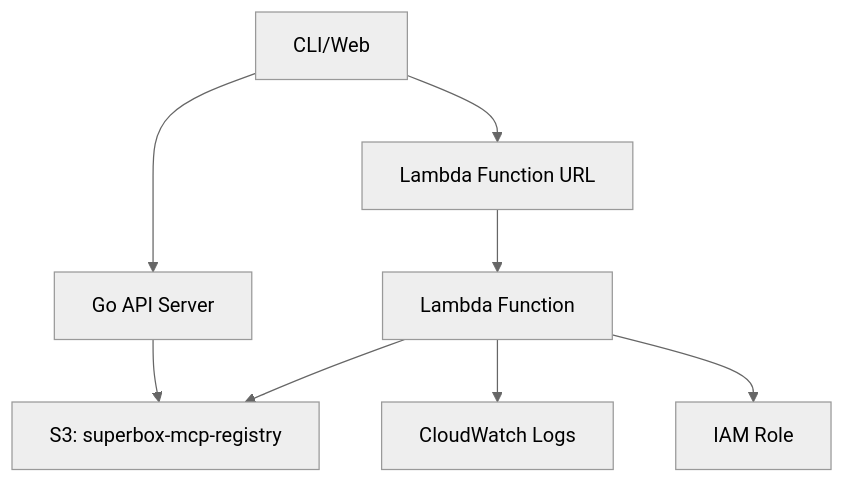
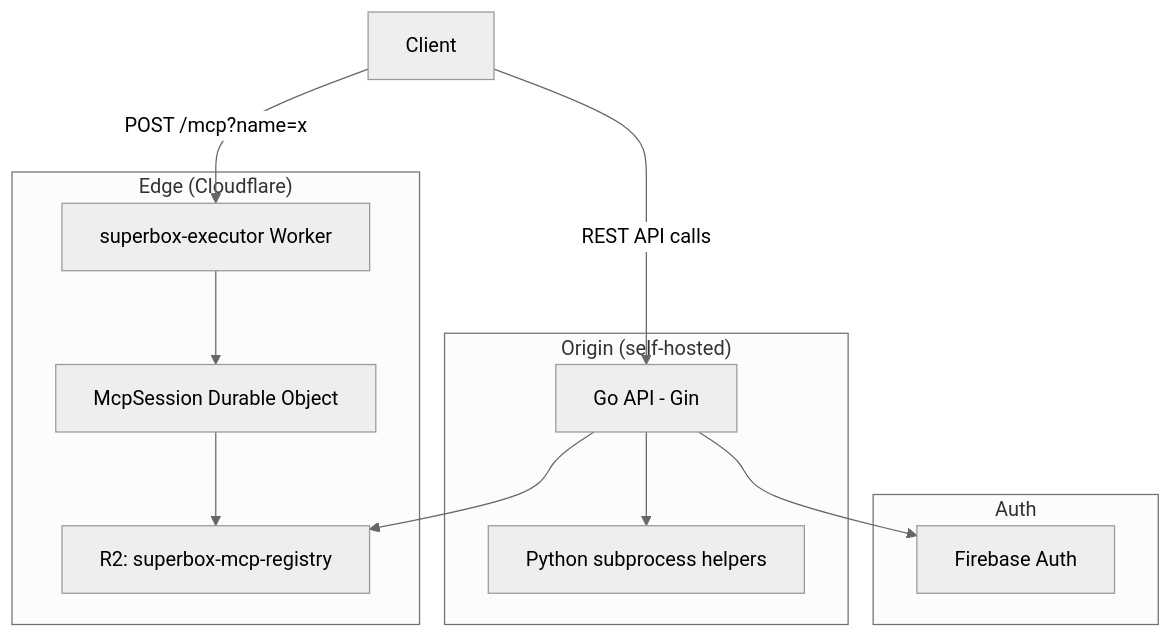
Before and after one commit to areebahmeddd/SuperBox-FE: the diagram in docs/infrastructure/overview.mdx, drawn with Mermaid (neutral theme). The commit also changed other lines of this file and 43 other files, not shown here.

````diff
--- a/docs/infrastructure/overview.mdx
+++ b/docs/infrastructure/overview.mdx
@@ -28,11 +28,25 @@
 ```mermaid
 graph TB
-    CLI[CLI/Web] --> API[Go API Server]
-    CLI --> LAMBDA_URL[Lambda Function URL]
+ subgraph "Edge (Cloudflare)"
+  W[superbox-executor Worker]
+  DO[McpSession Durable Object]
+  R2[R2: superbox-mcp-registry]
+ end
 
-    API --> S3[S3: superbox-mcp-registry]
-    LAMBDA_URL --> LAMBDA[Lambda Function]
-    LAMBDA --> S3
-    LAMBDA --> LOGS[CloudWatch Logs]
-    LAMBDA --> IAM[IAM Role]
+ subgraph "Origin (self-hosted)"
+  GO[Go API - Gin]
+  PY[Python subprocess helpers]
+ end
+
+ subgraph "Auth"
+  FB[Firebase Auth]
+ end
+
+ Client -->|POST /mcp?name=x| W
+ W --> DO
+ DO --> R2
+ Client -->|REST API calls| GO
+ GO --> PY
+ GO --> FB
+ GO --> R2
 ```
````
